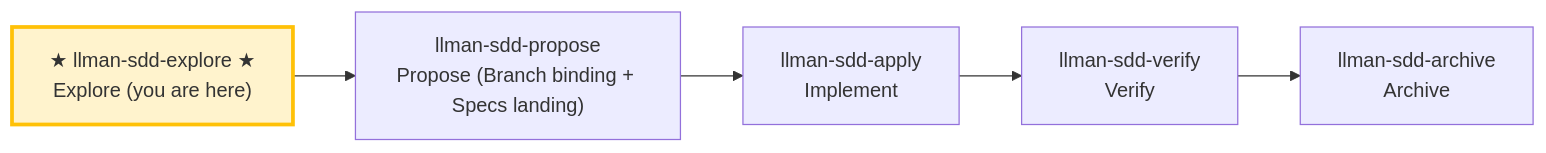
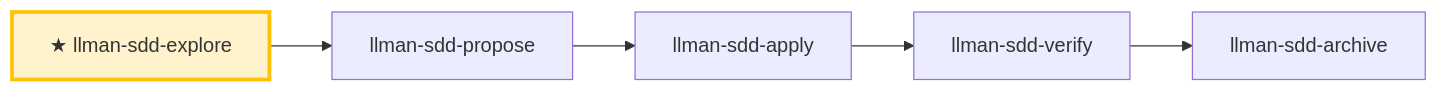
One commit to StrayDragon/dapz changed the diagram in .agents/skills/llman-sdd-explore/SKILL.md. Above: the diagram before and after it, drawn with Mermaid. The commit also changed other lines of this file and 12 other files, not shown here.

First line of the commit message:
chore(skills): refresh llman-sdd skills to 0.5.0 official templates (init --update)

````diff
--- a/.agents/skills/llman-sdd-explore/SKILL.md
+++ b/.agents/skills/llman-sdd-explore/SKILL.md
@@ -34,10 +31,9 @@
 ```mermaid
 flowchart LR
-    explore["★ llman-sdd-explore ★<br/>Explore (you are here)"]
-    explore --> propose["llman-sdd-propose<br/>Propose (Branch binding + Specs landing)"]
-    propose --> apply["llman-sdd-apply<br/>Implement"]
-    apply --> verify["llman-sdd-verify<br/>Verify"]
-    verify --> archive["llman-sdd-archive<br/>Archive"]
+    explore["★ llman-sdd-explore"] --> propose["llman-sdd-propose"]
+    propose --> apply["llman-sdd-apply"]
+    apply --> verify["llman-sdd-verify"]
+    verify --> archive["llman-sdd-archive"]
 
     style explore fill:#fff3cd,stroke:#ffc107,stroke-width:3px
 ```
````
